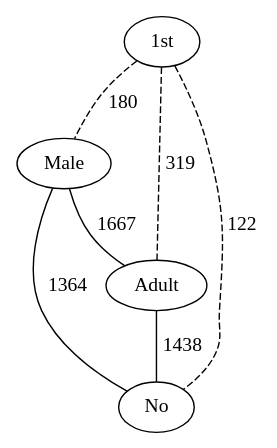
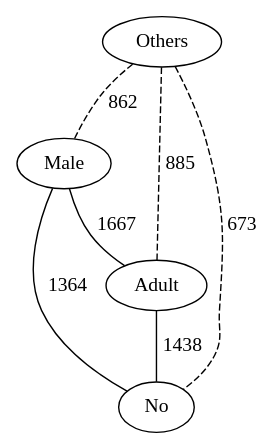
The diagram in src/extension/plainGraph_with_threshold.dot (lrodrin/TFG), drawn with Graphviz before and after one commit. The commit also changed 1 other file, not shown here.

```diff
--- a/src/extension/plainGraph_with_threshold.dot
+++ b/src/extension/plainGraph_with_threshold.dot
@@ -1,12 +1,12 @@
 strict graph "()" {
-"1st";
+Others;
 Male;
 Adult;
 No;
-"1st" -- Male  [color=black, label=180, style=dashed];
-"1st" -- Adult  [color=black, label=319, style=dashed];
-"1st" -- No  [color=black, label=122, style=dashed];
+Others -- Male  [color=black, label=862, style=dashed];
+Others -- Adult  [color=black, label=885, style=dashed];
+Others -- No  [color=black, label=673, style=dashed];
 Male -- Adult  [color=black, label=1667, style=solid];
 Male -- No  [color=black, label=1364, style=solid];
 Adult -- No  [color=black, label=1438, style=solid];
 }
```
